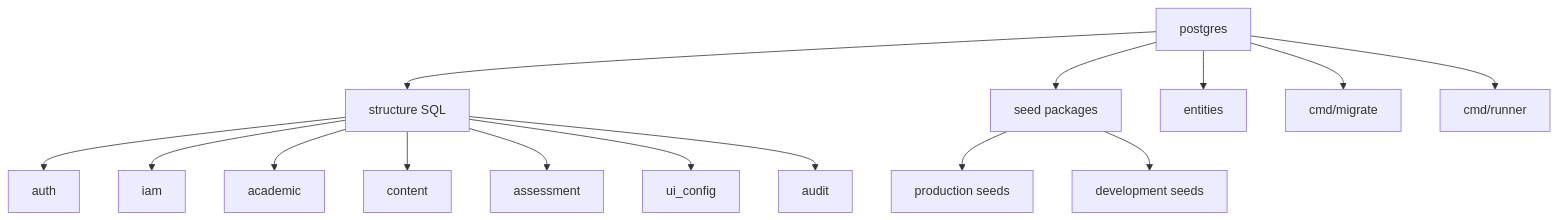
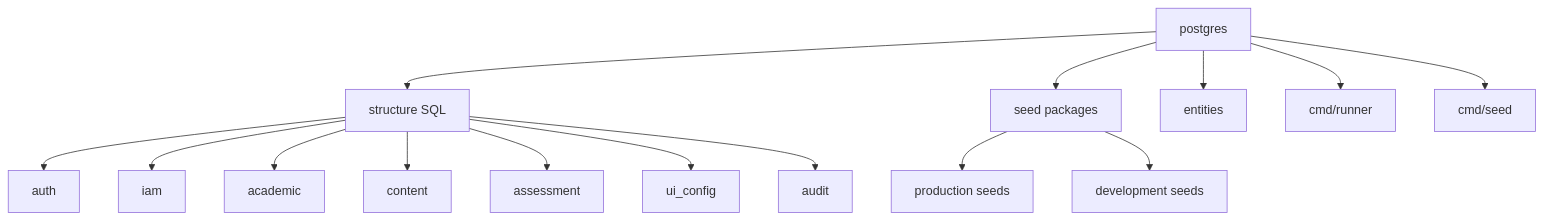
Before and after one commit to EduGoGroup/edugo-infrastructure: the diagram in postgres/docs/architecture.md, drawn with Mermaid. The commit also changed other lines of this file and 35 other files, not shown here.

````diff
--- a/postgres/docs/architecture.md
+++ b/postgres/docs/architecture.md
@@ -35,20 +42,20 @@
 ```mermaid
 flowchart TB
     PG[postgres]
     PG --> SQL[structure SQL]
     PG --> SD[seed packages]
     PG --> ENT[entities]
-    PG --> CLI1[cmd/migrate]
     PG --> CLI2[cmd/runner]
+    PG --> CLI3[cmd/seed]
 
     SQL --> AUTH[auth]
     SQL --> IAM[iam]
     SQL --> ACD[academic]
     SQL --> CNT[content]
     SQL --> ASM[assessment]
     SQL --> UIC[ui_config]
     SQL --> AUD[audit]
 
     SD --> PROD[production seeds]
     SD --> DEV[development seeds]
 ```
````
